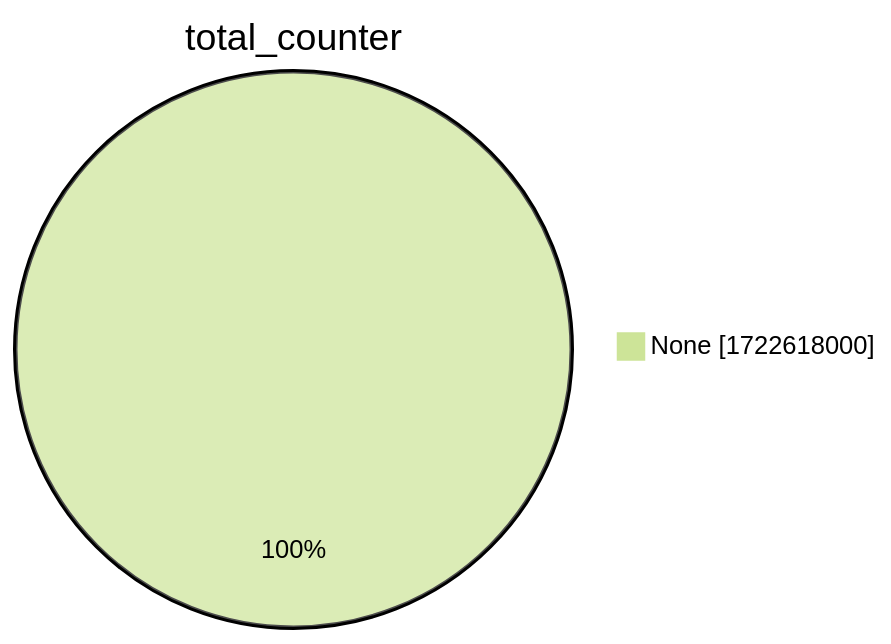
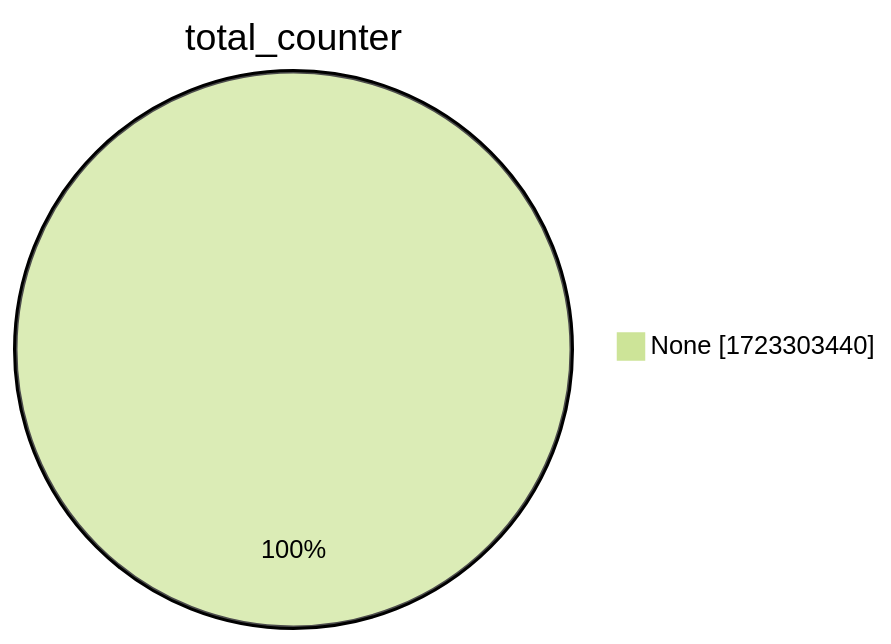
Before and after one commit to christiankrug/ctmonitor_visualization: the second of 15 diagrams in xenon2022/README.md, drawn with Mermaid (forest theme). The commit also changed other lines of this file, not shown here.

````diff
--- a/xenon2022/README.md
+++ b/xenon2022/README.md
@@ -9,5 +9,5 @@
 ```mermaid
 pie showData
 title total_counter
-"None" :1722618000
+"None" :1723303440
 ```
````
